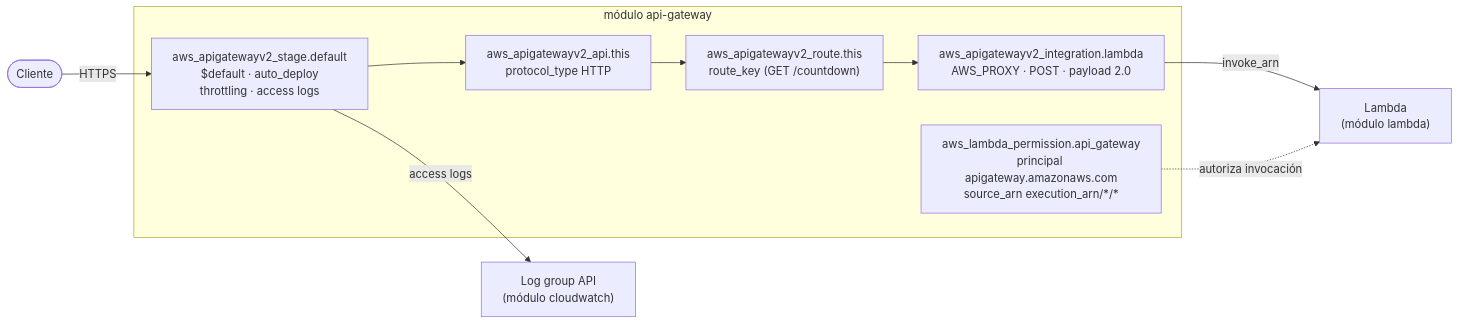
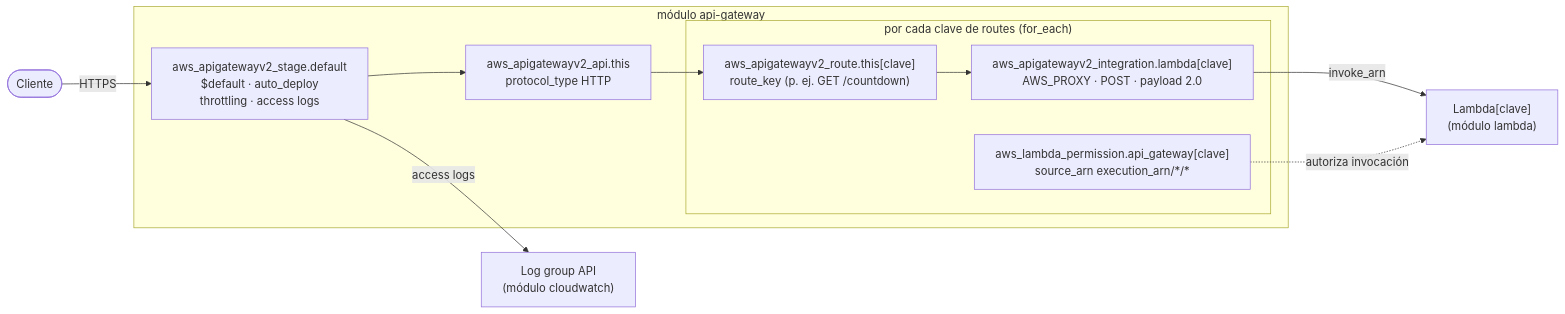
The diagram in terraform/modules/api-gateway/README.md (adrianjsosag/Lambda-Tests), drawn with Mermaid before and after one commit. The commit also changed other lines of this file and 20 other files, not shown here.

````diff
--- a/terraform/modules/api-gateway/README.md
+++ b/terraform/modules/api-gateway/README.md
@@ -9,22 +23,25 @@
 ```mermaid
 flowchart LR
     client(["Cliente"])
 
     subgraph mod["módulo api-gateway"]
         api["aws_apigatewayv2_api.this<br/>protocol_type HTTP"]
         stage["aws_apigatewayv2_stage.default<br/>$default · auto_deploy<br/>throttling · access logs"]
-        route["aws_apigatewayv2_route.this<br/>route_key (GET /countdown)"]
-        integ["aws_apigatewayv2_integration.lambda<br/>AWS_PROXY · POST · payload 2.0"]
-        perm["aws_lambda_permission.api_gateway<br/>principal apigateway.amazonaws.com<br/>source_arn execution_arn/*/*"]
+
+        subgraph per["por cada clave de routes (for_each)"]
+            route["aws_apigatewayv2_route.this[clave]<br/>route_key (p. ej. GET /countdown)"]
+            integ["aws_apigatewayv2_integration.lambda[clave]<br/>AWS_PROXY · POST · payload 2.0"]
+            perm["aws_lambda_permission.api_gateway[clave]<br/>source_arn execution_arn/*/*"]
+        end
     end
 
-    fn["Lambda<br/>(módulo lambda)"]
+    fn["Lambda[clave]<br/>(módulo lambda)"]
     lg["Log group API<br/>(módulo cloudwatch)"]
 
     client -- HTTPS --> stage
     stage --> api
     api --> route --> integ
     integ -- invoke_arn --> fn
     perm -. autoriza invocación .-> fn
     stage -- access logs --> lg
 ```
````
